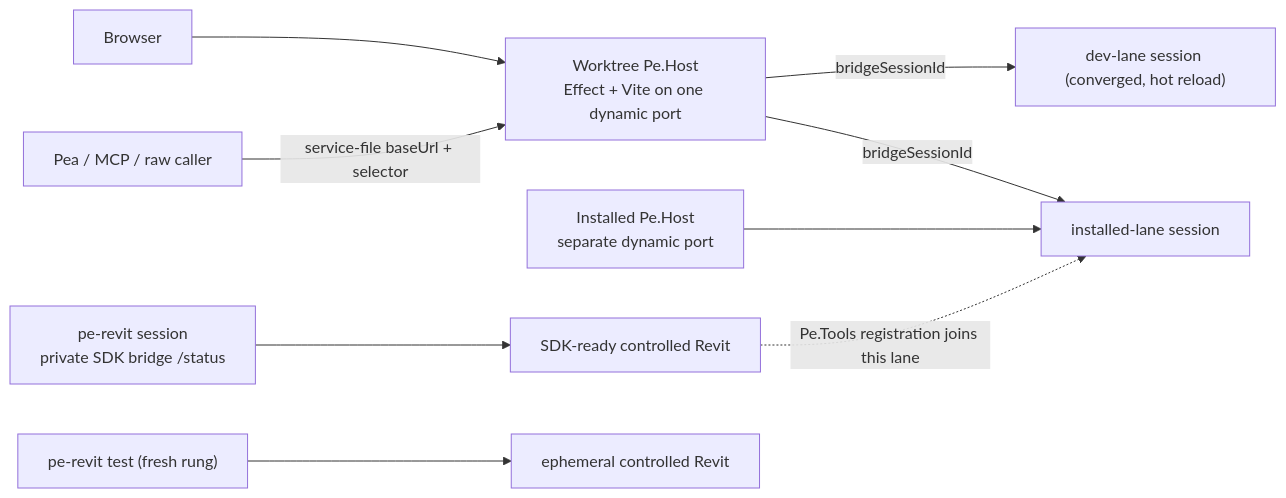
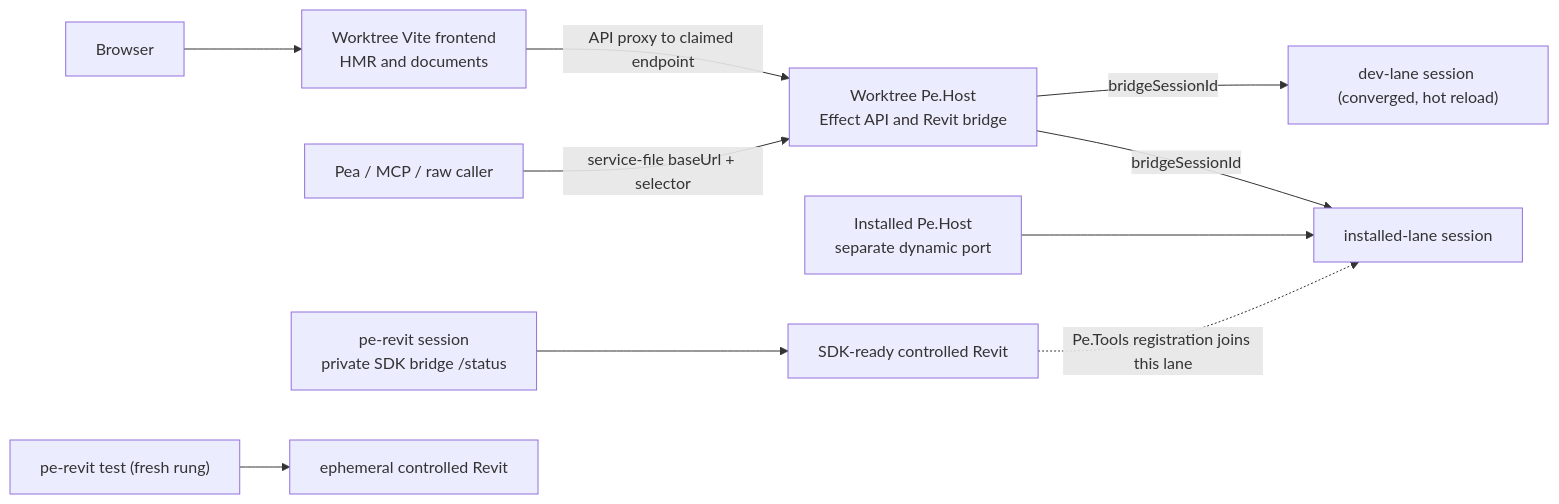
One commit to positive-energy-labs/Pe.Tools changed the diagram in docs/BUILD.md. Above: the diagram before and after it, drawn with Mermaid. The commit also changed other lines of this file and 16 other files, not shown here.

````diff
--- a/docs/BUILD.md
+++ b/docs/BUILD.md
@@ -260,11 +260,12 @@
 ```mermaid
 flowchart LR
-  Web["Browser"] --> SourceHost["Worktree Pe.Host<br/>Effect + Vite on one dynamic port"]
+  Web["Browser"] --> Vite["Worktree Vite frontend<br/>HMR and documents"]
+  Vite -->|API proxy to claimed endpoint| SourceHost["Worktree Pe.Host<br/>Effect API and Revit bridge"]
   Pea["Pea / MCP / raw caller"] -->|service-file baseUrl + selector| SourceHost
   SourceHost -->|bridgeSessionId| DevSession["dev-lane session (converged, hot reload)"]
   SourceHost -->|bridgeSessionId| RoutedInstalled["installed-lane session"]
   InstalledHost["Installed Pe.Host<br/>separate dynamic port"] --> RoutedInstalled
   SDK["pe-revit session<br/>private SDK bridge /status"] --> Controlled["SDK-ready controlled Revit"]
   Test["pe-revit test (fresh rung)"] --> FreshRevit["ephemeral controlled Revit"]
   Controlled -. "Pe.Tools registration joins this lane" .-> RoutedInstalled
 ```
````
